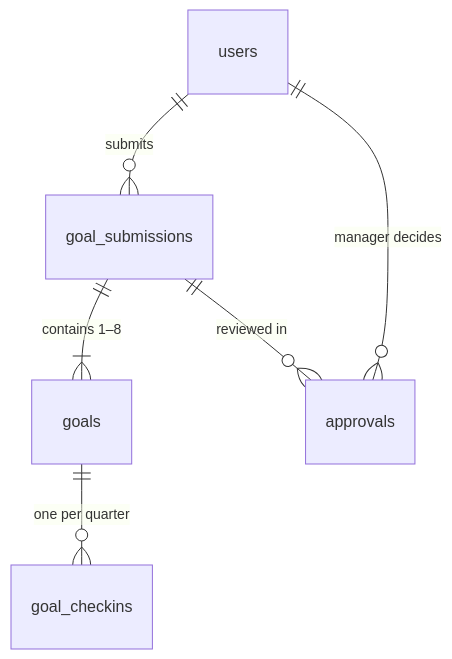
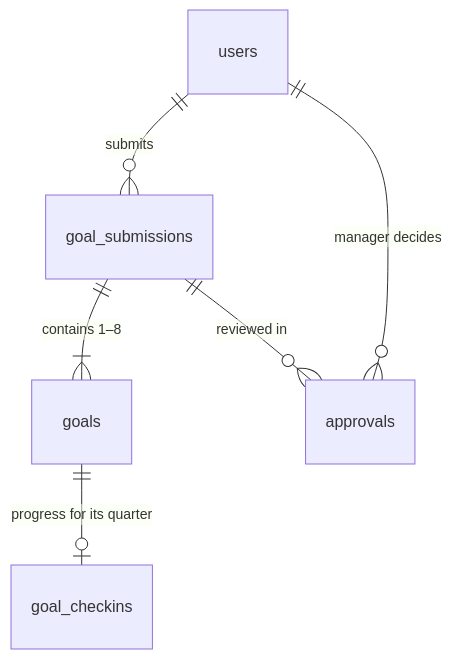
One commit to Neo200411/enterprise-hrms changed the second of 3 diagrams in docs/ARCHITECTURE.md. Above: the diagram before and after it, drawn with Mermaid. The commit also changed other lines of this file and 8 other files, not shown here.

First line of the commit message:
Check in each goal for its own period; fix dead buttons

````diff
--- a/docs/ARCHITECTURE.md
+++ b/docs/ARCHITECTURE.md
@@ -20,8 +20,8 @@
 ```mermaid
 erDiagram
     users ||--o{ goal_submissions : "submits"
     goal_submissions ||--|{ goals : "contains 1–8"
     goal_submissions ||--o{ approvals : "reviewed in"
     users ||--o{ approvals : "manager decides"
-    goals ||--o{ goal_checkins : "one per quarter"
+    goals ||--o| goal_checkins : "progress for its quarter"
 ```
````
